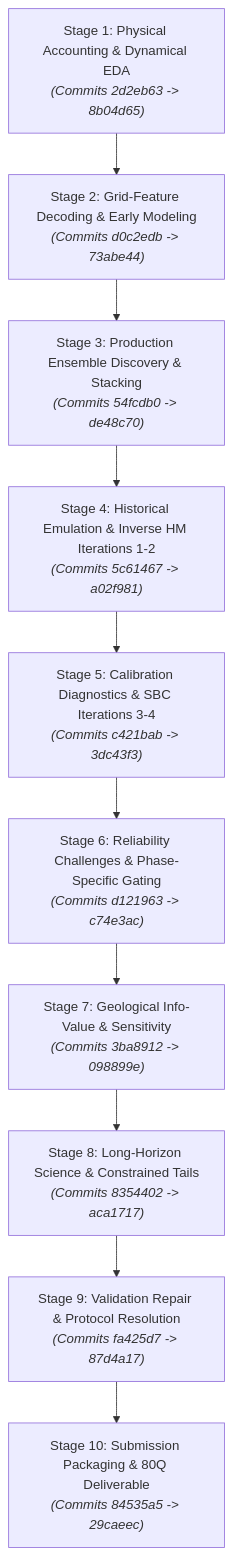
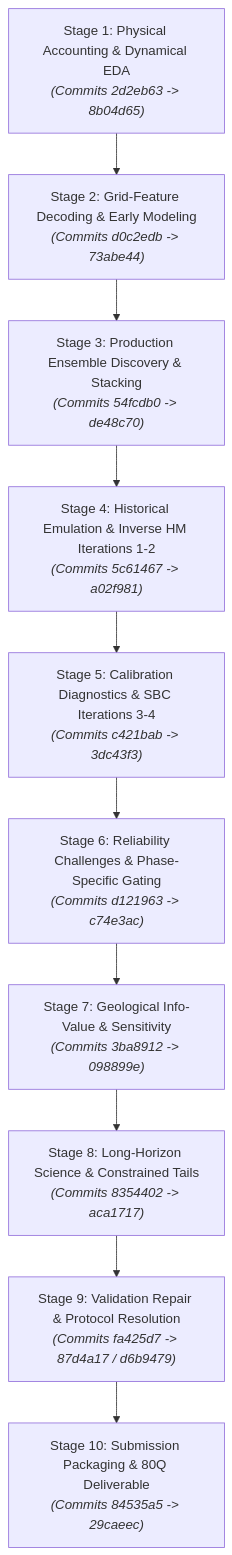
Before and after one commit to tngkuanas/mwap-exdw-surrogate-model: the first of 2 diagrams in PRESENTATION_RESEARCH_HISTORY.md, drawn with Mermaid. The commit also changed other lines of this file, not shown here.

````diff
--- a/PRESENTATION_RESEARCH_HISTORY.md
+++ b/PRESENTATION_RESEARCH_HISTORY.md
@@ -14,12 +14,12 @@
 ```mermaid
 flowchart TD
     S1["Stage 1: Physical Accounting & Dynamical EDA<br><i>(Commits 2d2eb63 -> 8b04d65)</i>"] --> S2["Stage 2: Grid-Feature Decoding & Early Modeling<br><i>(Commits d0c2edb -> 73abe44)</i>"]
     S2 --> S3["Stage 3: Production Ensemble Discovery & Stacking<br><i>(Commits 54fcdb0 -> de48c70)</i>"]
     S3 --> S4["Stage 4: Historical Emulation & Inverse HM Iterations 1-2<br><i>(Commits 5c61467 -> a02f981)</i>"]
     S4 --> S5["Stage 5: Calibration Diagnostics & SBC Iterations 3-4<br><i>(Commits c421bab -> 3dc43f3)</i>"]
     S5 --> S6["Stage 6: Reliability Challenges & Phase-Specific Gating<br><i>(Commits d121963 -> c74e3ac)</i>"]
     S6 --> S7["Stage 7: Geological Info-Value & Sensitivity<br><i>(Commits 3ba8912 -> 098899e)</i>"]
     S7 --> S8["Stage 8: Long-Horizon Science & Constrained Tails<br><i>(Commits 8354402 -> aca1717)</i>"]
-    S8 --> S9["Stage 9: Validation Repair & Protocol Resolution<br><i>(Commits fa425d7 -> 87d4a17)</i>"]
+    S8 --> S9["Stage 9: Validation Repair & Protocol Resolution<br><i>(Commits fa425d7 -> 87d4a17 / d6b9479)</i>"]
     S9 --> S10["Stage 10: Submission Packaging & 80Q Deliverable<br><i>(Commits 84535a5 -> 29caeec)</i>"]
 ```
````
